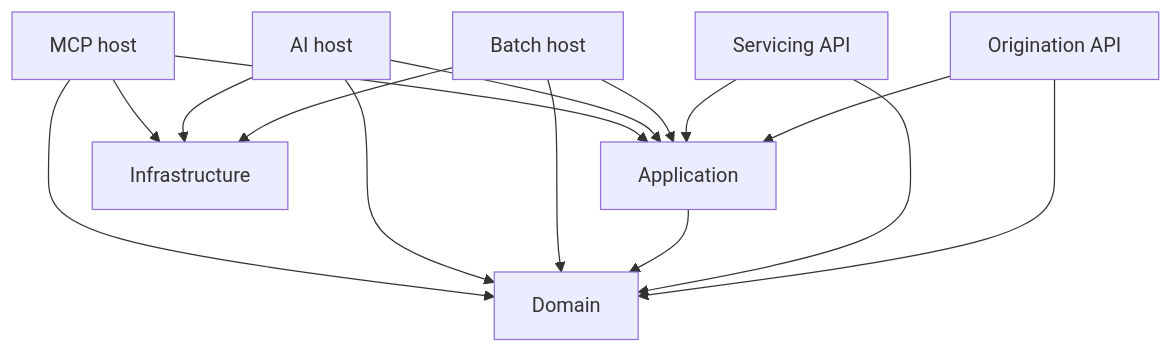
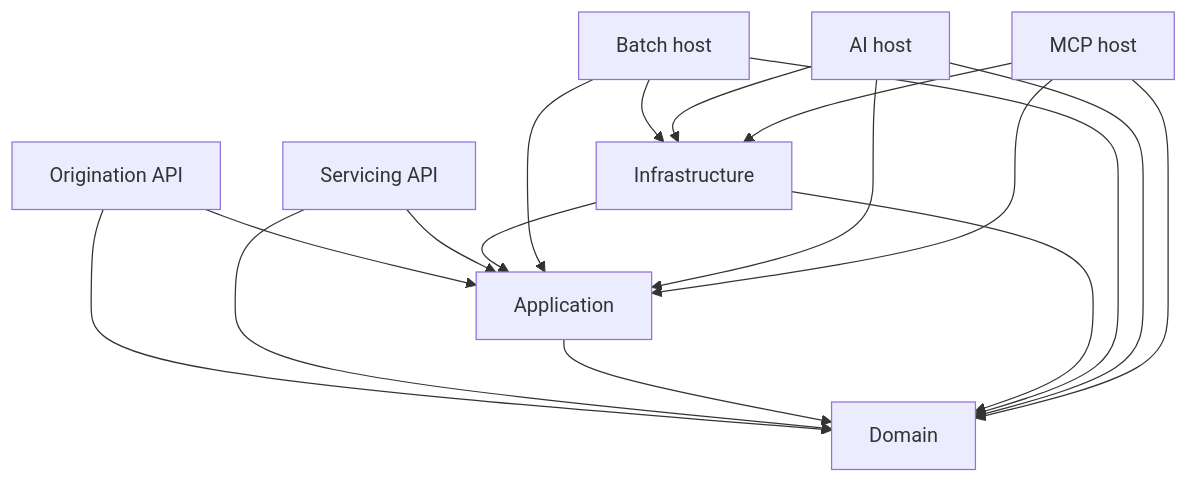
Before and after one commit to ZeppBoy/Promissio: the diagram in docs/architecture/current-state.md, drawn with Mermaid. The commit also changed other lines of this file and 29 other files, not shown here.

````diff
--- a/docs/architecture/current-state.md
+++ b/docs/architecture/current-state.md
@@ -22,17 +22,19 @@
 ```mermaid
 flowchart TD
   Origination[Origination API] --> Application
   Servicing[Servicing API] --> Application
   Origination --> Domain
   Servicing --> Domain
   Application --> Domain
+  Infrastructure --> Application
+  Infrastructure --> Domain
   Batch[Batch host] --> Application
   Batch --> Domain
   Batch --> Infrastructure
   AI[AI host] --> Application
   AI --> Domain
   AI --> Infrastructure
   MCP[MCP host] --> Application
   MCP --> Domain
   MCP --> Infrastructure
 ```
````
